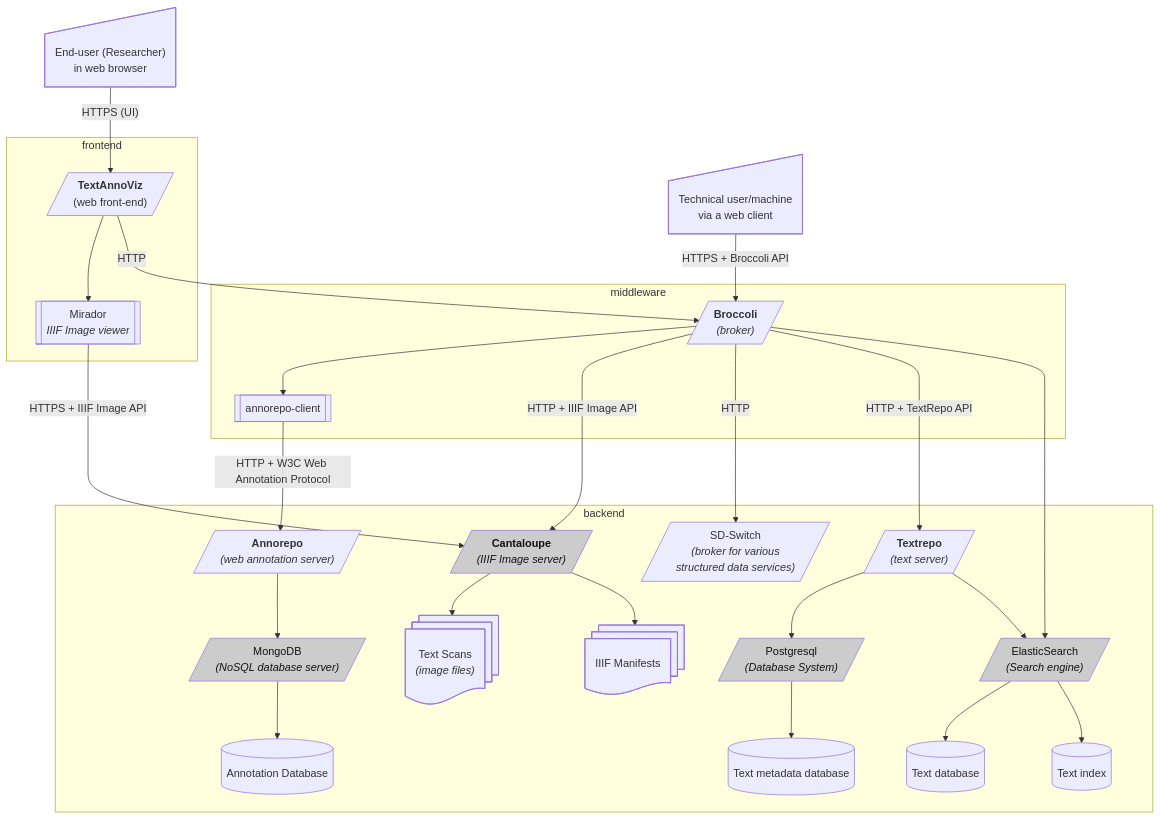
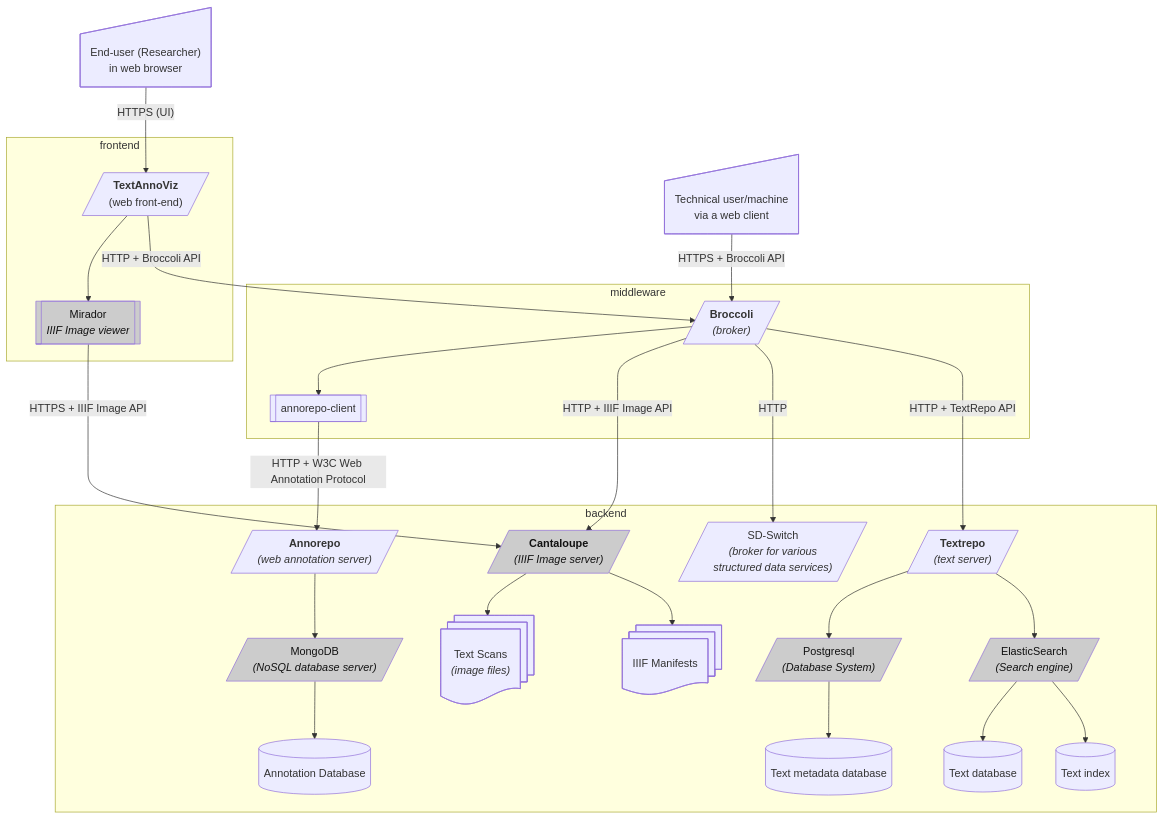
The first of 3 diagrams in README.md (knaw-huc/tt-architecture), drawn with Mermaid before and after one commit. The commit also changed other lines of this file, not shown here.

````diff
--- a/README.md
+++ b/README.md
@@ -7,71 +9,71 @@
 ```{.mermaid format=svg}
 flowchart TD
 
 
     user@{ shape: sl-rect, label: "End-user (Researcher)<br>in web browser"}
     user -- "HTTPS (UI)" --> textannoviz
     subgraph frontend
         textannoviz[/"<b>TextAnnoViz</b><br>(web front-end)"/]
         mirador@{shape: subproc, label: "Mirador<br><i>IIIF Image viewer</i>"}
         textannoviz --> mirador
     end
 
     techuser@{ shape: sl-rect, label: "Technical user/machine<br>via a web client"}
 
     techuser -- "HTTPS + Broccoli API" --> broccoli
     subgraph middleware
-        textannoviz -- HTTP --> broccoli
+        textannoviz -- "HTTP + Broccoli API" --> broccoli
         broccoli[/"<b>Broccoli</b><br><i>(broker)</i>"/]
 
         broccoli_annorepoclient@{shape: subproc, label: "annorepo-client"}
         broccoli --> broccoli_annorepoclient 
     end
 
 
     subgraph backend
     
         annorepo[/"<b>Annorepo</b><br><i>(web annotation server)</i>"/]
         mongodb[/"MongoDB<br><i>(NoSQL database server)</i>"/]
         annorepo_db[("Annotation Database")]
         annorepo --> mongodb --> annorepo_db
 
         textindex[("Text index")]
         texts@{ shape: database, label: "Text database"}
         textscans@{ shape: docs, label: "Text Scans<br><i>(image files)</i>"}
         textmetadb@{ shape: database, label: "Text metadata database"}
 
         textrepo[/"<b>Textrepo</b><br><i>(text server)</i>"/]
         postgresql[/"Postgresql<br><i>(Database System)</i>"/]
         elasticsearch[/"ElasticSearch<br><i>(Search engine)</i>"/]
 
         textrepo --> postgresql
         textrepo --> elasticsearch
 
         elasticsearch --> texts
         postgresql --> textmetadb
 
 
 
         cantaloupe[/"<b>Cantaloupe</b><br><i>(IIIF Image server)</i>"/]
         manifests@{ shape: docs, label: "IIIF Manifests"}
         cantaloupe --> textscans
         cantaloupe --> manifests
 
 
         sdswitch[/"SD-Switch<br><i>(broker for various<br>structured data services)</i>"/]
 
         broccoli_annorepoclient -- "HTTP + W3C Web Annotation Protocol" --> annorepo
         broccoli -- "HTTP + IIIF Image API" --> cantaloupe
         broccoli -- "HTTP" --> sdswitch
         broccoli -- "HTTP + TextRepo API" --> textrepo
 
-        broccoli --> elasticsearch --> textindex
+        elasticsearch --> textindex
 
 
         mirador -- "HTTPS + IIIF Image API" --> cantaloupe
     end
 
 
     classDef thirdparty fill:#ccc,color:#111
-    class cantaloupe,mongodb,elasticsearch,postgresql thirdparty
+    class cantaloupe,mongodb,elasticsearch,postgresql,mirador thirdparty
 ```
````
